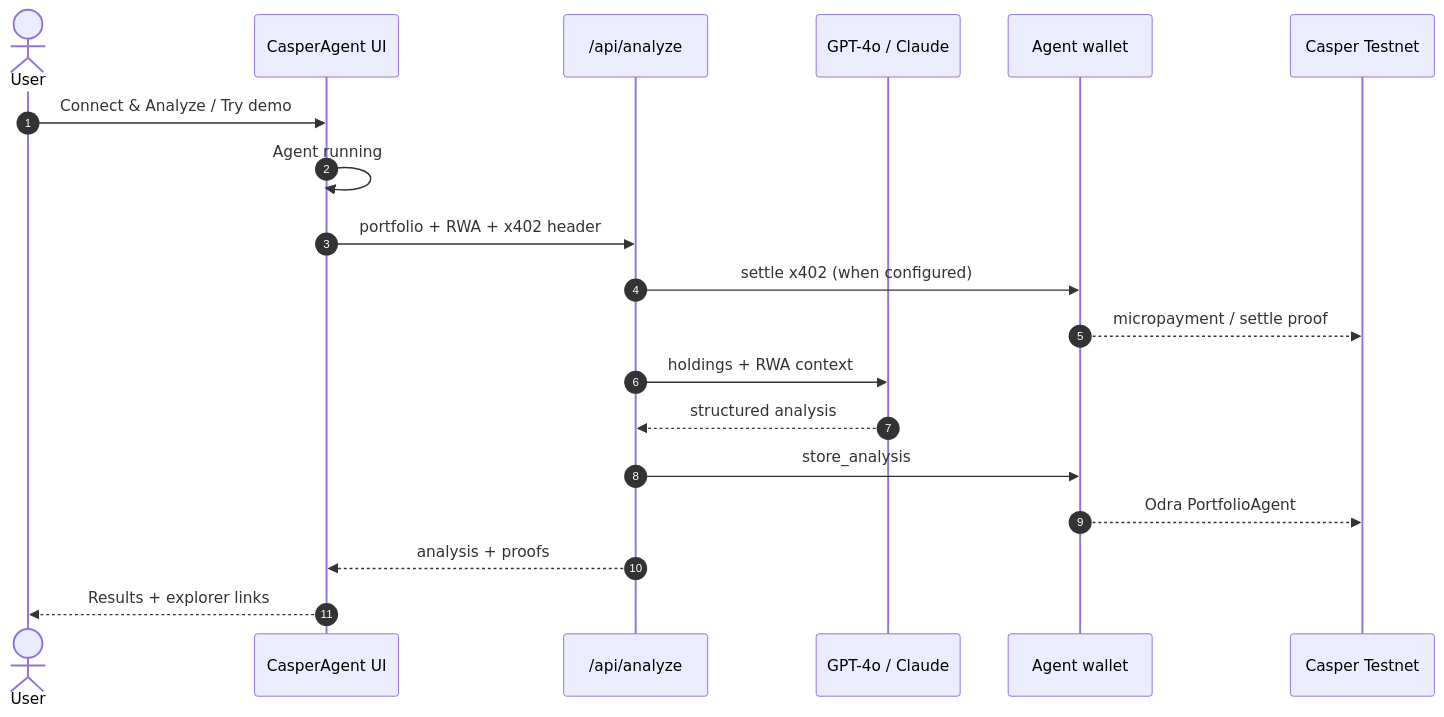
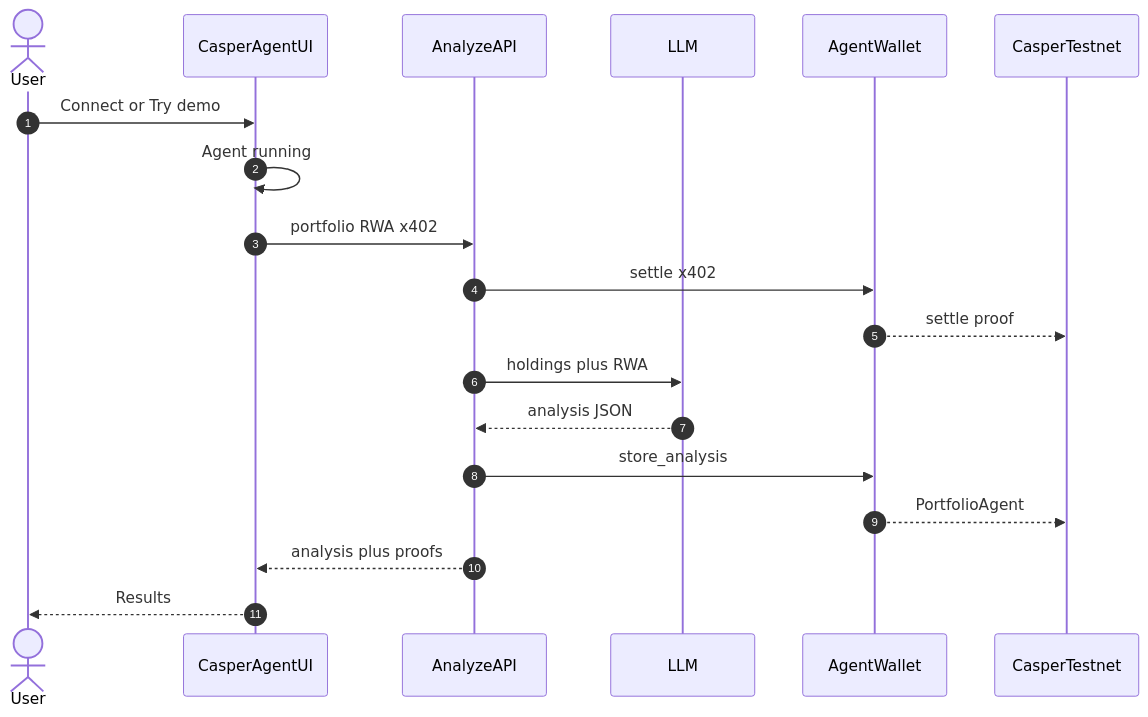
The first of 2 diagrams in README.md (thesithunyein/casper-ai-portfolio-agent), drawn with Mermaid before and after one commit. The commit also changed other lines of this file, not shown here.

First line of the commit message:
docs: fix README diagrams for GitHub Mermaid rendering

````diff
--- a/README.md
+++ b/README.md
@@ -75,22 +85,22 @@
 ```mermaid
 sequenceDiagram
   autonumber
   actor User
-  participant App as CasperAgent UI
-  participant API as /api/analyze
-  participant AI as GPT-4o / Claude
-  participant Agent as Agent wallet
-  participant Chain as Casper Testnet
+  participant App as CasperAgentUI
+  participant API as AnalyzeAPI
+  participant AI as LLM
+  participant Agent as AgentWallet
+  participant Chain as CasperTestnet
 
-  User->>App: Connect & Analyze / Try demo
+  User->>App: Connect or Try demo
   App->>App: Agent running
-  App->>API: portfolio + RWA + x402 header
-  API->>Agent: settle x402 (when configured)
-  Agent-->>Chain: micropayment / settle proof
-  API->>AI: holdings + RWA context
-  AI-->>API: structured analysis
+  App->>API: portfolio RWA x402
+  API->>Agent: settle x402
+  Agent-->>Chain: settle proof
+  API->>AI: holdings plus RWA
+  AI-->>API: analysis JSON
   API->>Agent: store_analysis
-  Agent-->>Chain: Odra PortfolioAgent
-  API-->>App: analysis + proofs
-  App-->>User: Results + explorer links
+  Agent-->>Chain: PortfolioAgent
+  API-->>App: analysis plus proofs
+  App-->>User: Results
 ```
````
